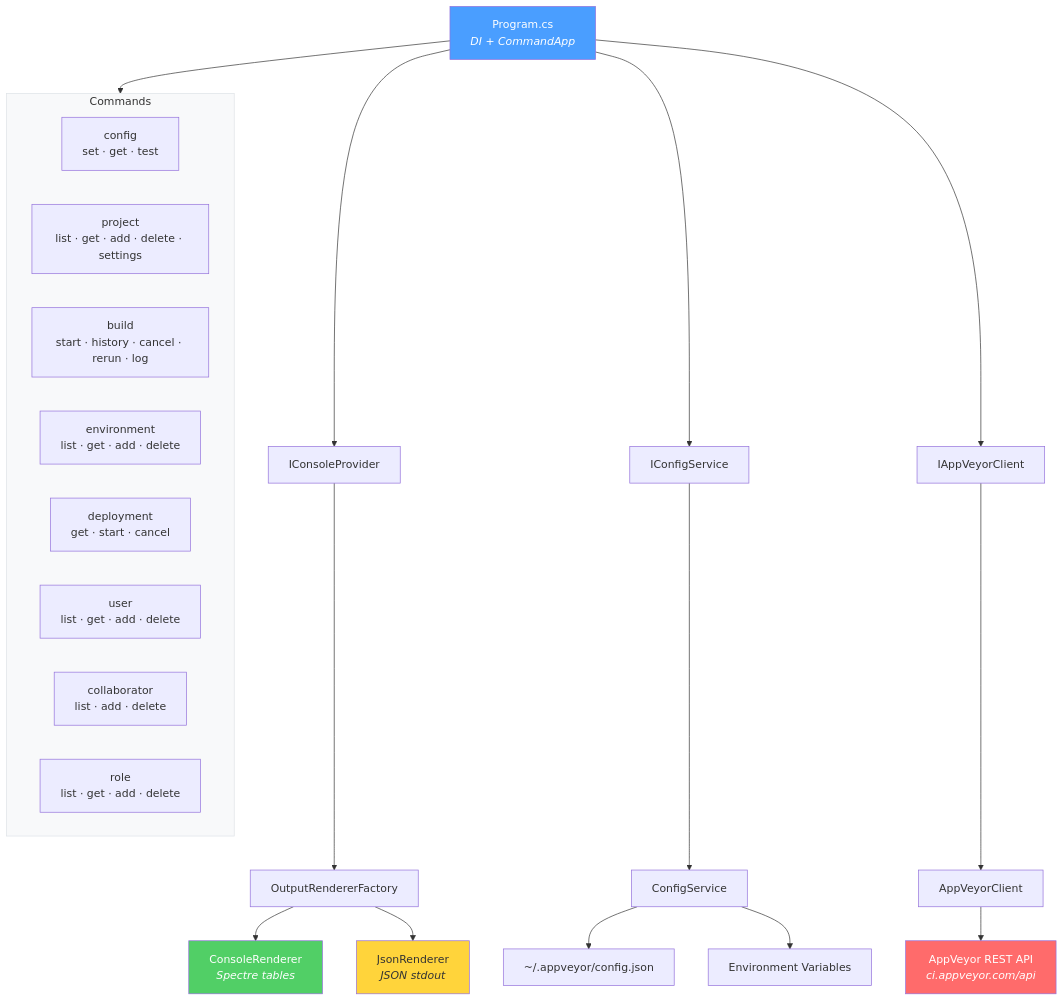
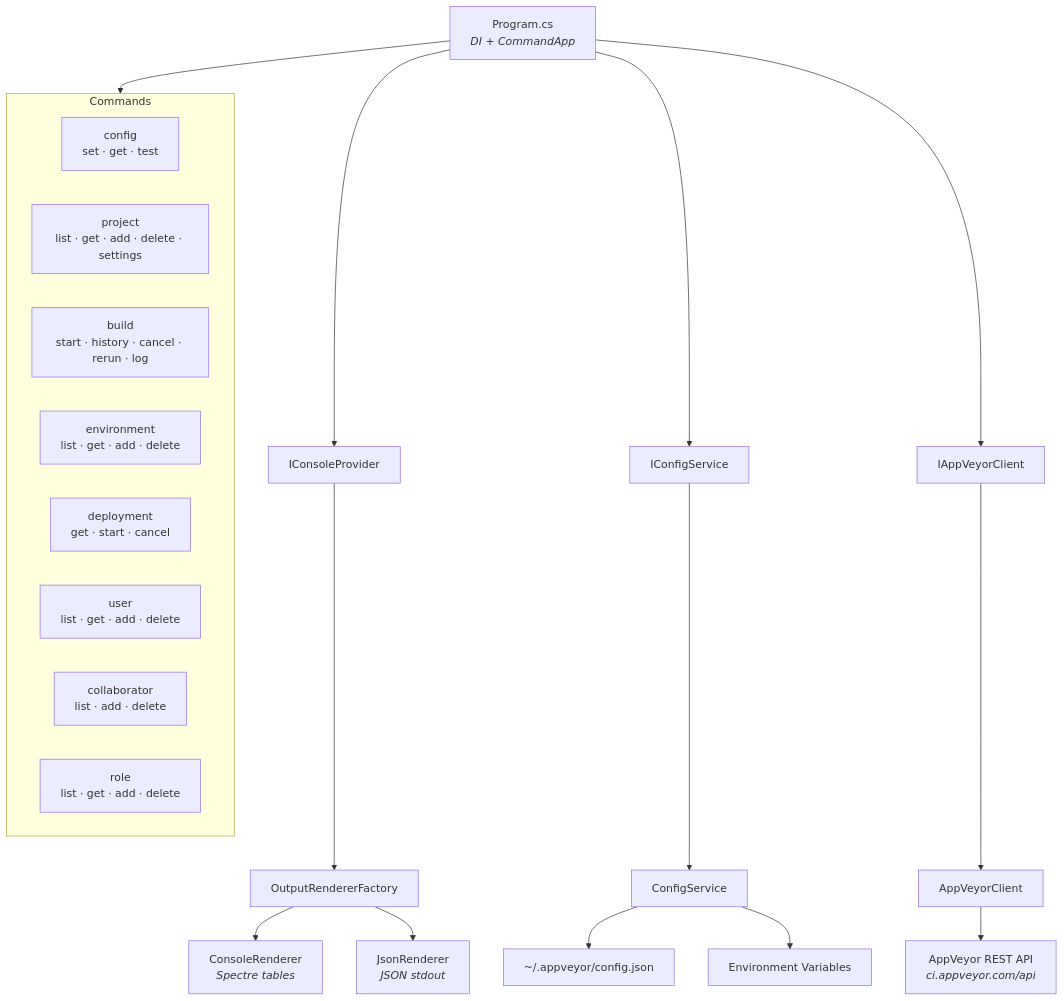
One commit to jrgcubano/appveyor-cli changed the first of 2 diagrams in docs/Architecture.md. Above: the diagram before and after it, drawn with Mermaid.

Commit message:
docs: remove color styles from Mermaid diagram

````diff
--- a/docs/Architecture.md
+++ b/docs/Architecture.md
@@ -9,38 +9,32 @@
 ```mermaid
 graph TD
     Program["Program.cs<br/><i>DI + CommandApp</i>"]
 
     Program --> IConsole["IConsoleProvider"]
     Program --> IConfig["IConfigService"]
     Program --> IClient["IAppVeyorClient"]
 
     IConsole --> ORF["OutputRendererFactory"]
     IConfig --> CS["ConfigService"]
     IClient --> AC["AppVeyorClient"]
 
     ORF --> CR["ConsoleRenderer<br/><i>Spectre tables</i>"]
     ORF --> JR["JsonRenderer<br/><i>JSON stdout</i>"]
     CS --> CF["~/.appveyor/config.json"]
     CS --> EV["Environment Variables"]
     AC --> API["AppVeyor REST API<br/><i>ci.appveyor.com/api</i>"]
 
     subgraph Commands
         direction LR
         Config["config<br/>set · get · test"]
         Projects["project<br/>list · get · add · delete · settings"]
         Builds["build<br/>start · history · cancel · rerun · log"]
         Envs["environment<br/>list · get · add · delete"]
         Deploys["deployment<br/>get · start · cancel"]
         Users["user<br/>list · get · add · delete"]
         Collabs["collaborator<br/>list · add · delete"]
         Roles["role<br/>list · get · add · delete"]
     end
 
     Program --> Commands
-
-    style Program fill:#4a9eff,color:#fff
-    style API fill:#ff6b6b,color:#fff
-    style CR fill:#51cf66,color:#fff
-    style JR fill:#ffd43b,color:#333
-    style Commands fill:#f8f9fa,stroke:#dee2e6
 ```
````
